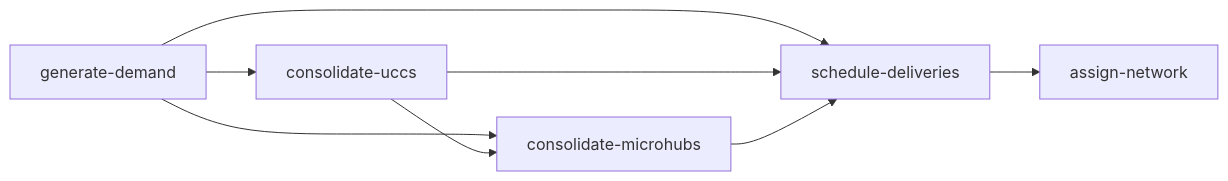
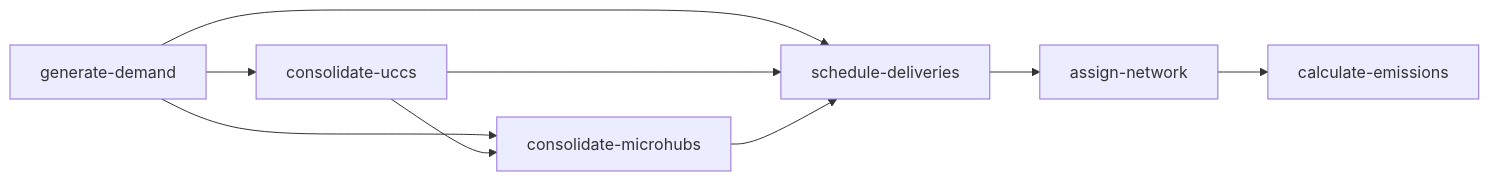
Before and after one commit to hcubasd/urban-dollop: the diagram in README.md, drawn with Mermaid. The commit also changed other lines of this file and 12 other files, not shown here.

First line of the commit message:
add calculate-emissions module: COPERT V with grade-based bilinear interpolation

````diff
--- a/README.md
+++ b/README.md
@@ -39,10 +39,11 @@
 ```mermaid
 flowchart LR
     A[generate-demand] --> B[consolidate-uccs]
     A --> C[consolidate-microhubs]
     A --> D[schedule-deliveries]
     B --> C
     B --> D
     C --> D
     D --> E[assign-network]
+    E --> F[calculate-emissions]
 ```
````
